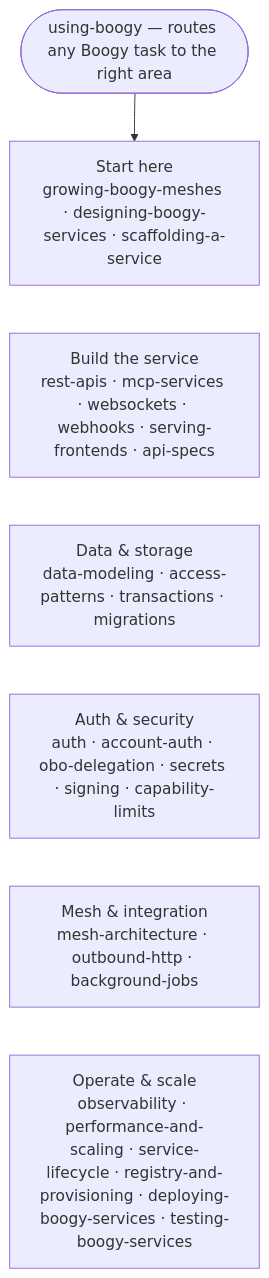
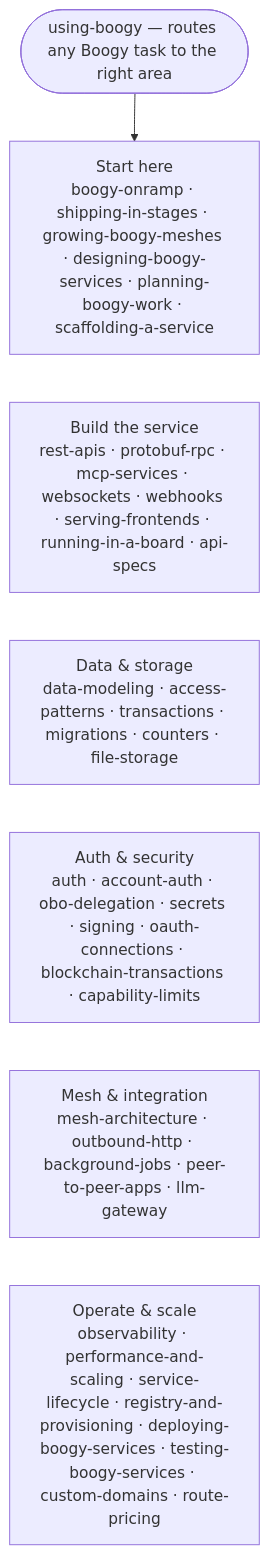
The diagram in README.md (Boogy-ai/boogy-superpowers), drawn with Mermaid before and after one commit. The commit also changed other lines of this file and 10 other files, not shown here.

````diff
--- a/README.md
+++ b/README.md
@@ -228,12 +241,12 @@
 ```mermaid
 flowchart TB
     U(["using-boogy — routes any Boogy task to the right area"])
     U --> A
-    A["Start here<br/>growing-boogy-meshes · designing-boogy-services · scaffolding-a-service"]
-    B["Build the service<br/>rest-apis · mcp-services · websockets · webhooks · serving-frontends · api-specs"]
-    C["Data & storage<br/>data-modeling · access-patterns · transactions · migrations"]
-    D["Auth & security<br/>auth · account-auth · obo-delegation · secrets · signing · capability-limits"]
-    E["Mesh & integration<br/>mesh-architecture · outbound-http · background-jobs"]
-    F["Operate & scale<br/>observability · performance-and-scaling · service-lifecycle · registry-and-provisioning · deploying-boogy-services · testing-boogy-services"]
+    A["Start here<br/>boogy-onramp · shipping-in-stages · growing-boogy-meshes · designing-boogy-services · planning-boogy-work · scaffolding-a-service"]
+    B["Build the service<br/>rest-apis · protobuf-rpc · mcp-services · websockets · webhooks · serving-frontends · running-in-a-board · api-specs"]
+    C["Data & storage<br/>data-modeling · access-patterns · transactions · migrations · counters · file-storage"]
+    D["Auth & security<br/>auth · account-auth · obo-delegation · secrets · signing · oauth-connections · blockchain-transactions · capability-limits"]
+    E["Mesh & integration<br/>mesh-architecture · outbound-http · background-jobs · peer-to-peer-apps · llm-gateway"]
+    F["Operate & scale<br/>observability · performance-and-scaling · service-lifecycle · registry-and-provisioning · deploying-boogy-services · testing-boogy-services · custom-domains · route-pricing"]
     A ~~~ B ~~~ C ~~~ D ~~~ E ~~~ F
 ```
````
